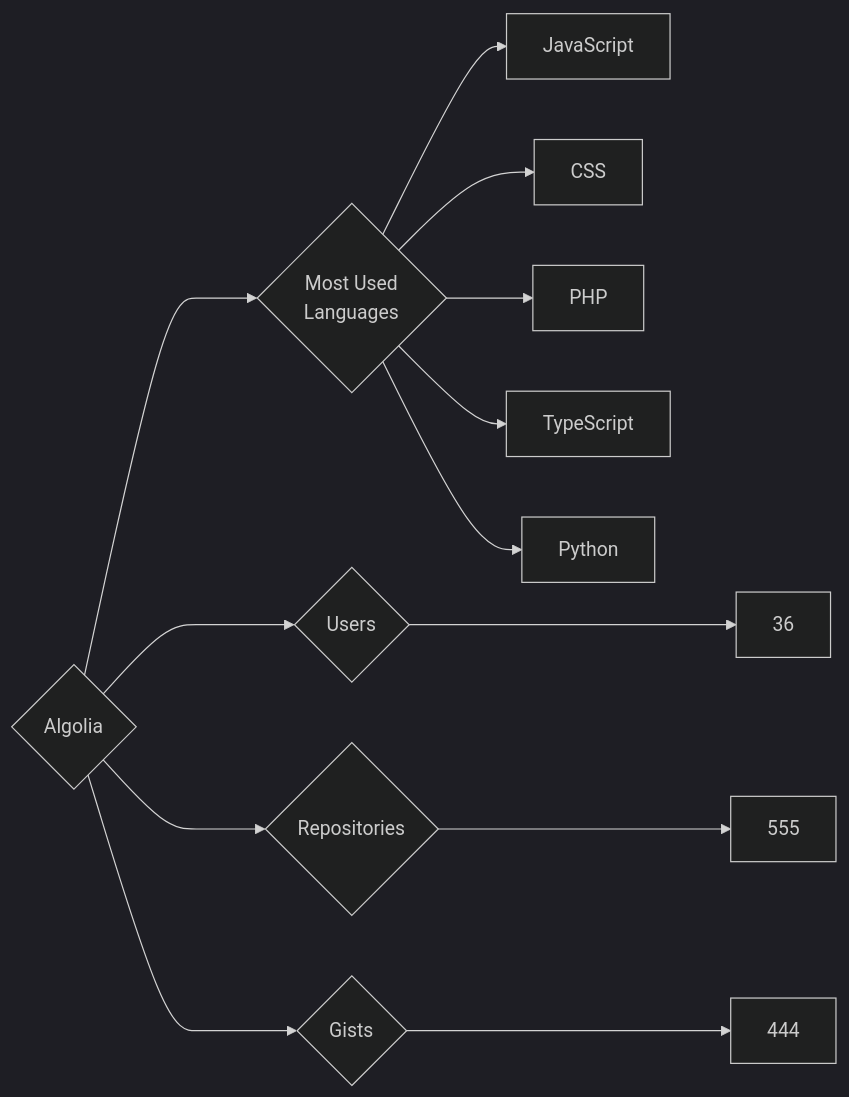
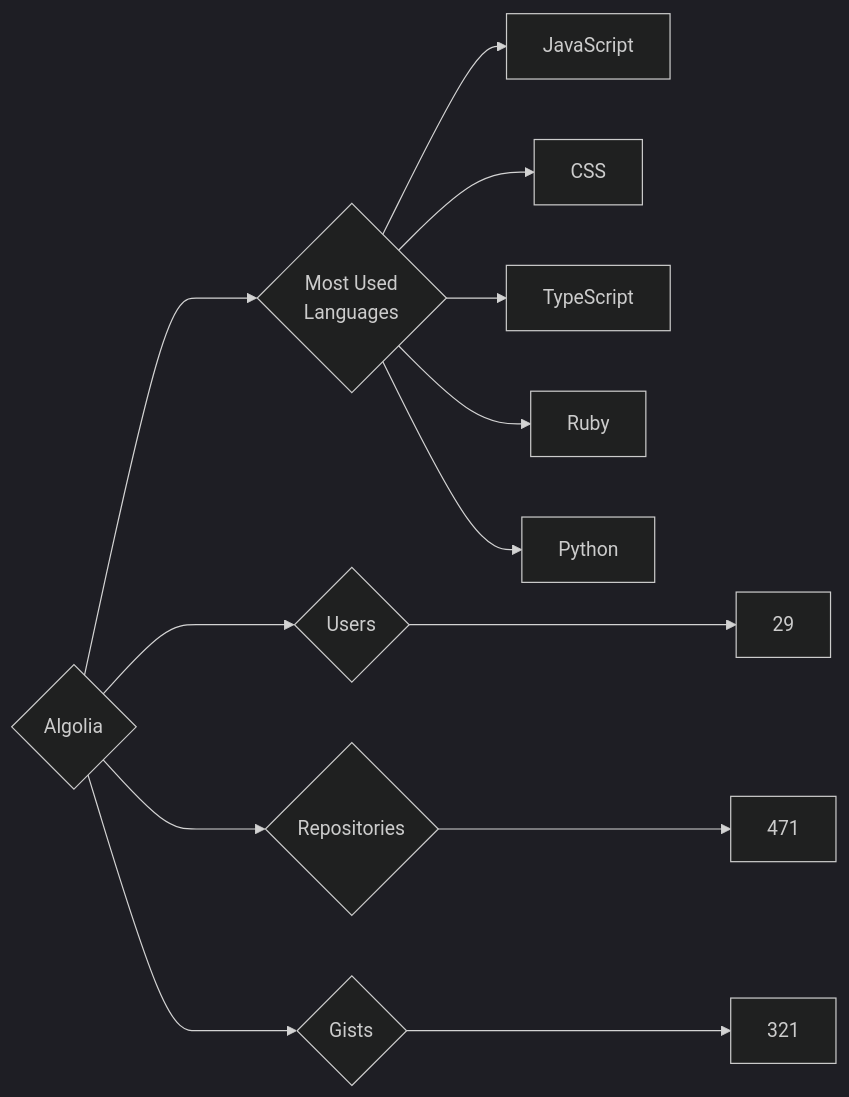
Before and after one commit to trickest/insiders: the diagram in targets/Algolia/README.md, drawn with Mermaid (dark theme). The commit also changed 860 other files, not shown here.

````diff
--- a/targets/Algolia/README.md
+++ b/targets/Algolia/README.md
@@ -3,13 +3,13 @@
 ```mermaid
 graph LR
 COMPANY_NAME{Algolia}
-COMPANY_NAME ---> U{Users} ---> UN[36]
-COMPANY_NAME ---> R{Repositories} ---> RN[555]
-COMPANY_NAME ---> G{Gists} ---> GN[444]
+COMPANY_NAME ---> U{Users} ---> UN[29]
+COMPANY_NAME ---> R{Repositories} ---> RN[471]
+COMPANY_NAME ---> G{Gists} ---> GN[321]
 COMPANY_NAME ---> ML{Most Used<br>Languages}
 ML --> JavaScript[JavaScript]
 ML --> CSS[CSS]
-ML --> PHP[PHP]
 ML --> TypeScript[TypeScript]
+ML --> Ruby[Ruby]
 ML --> Python[Python]
 ```
````
